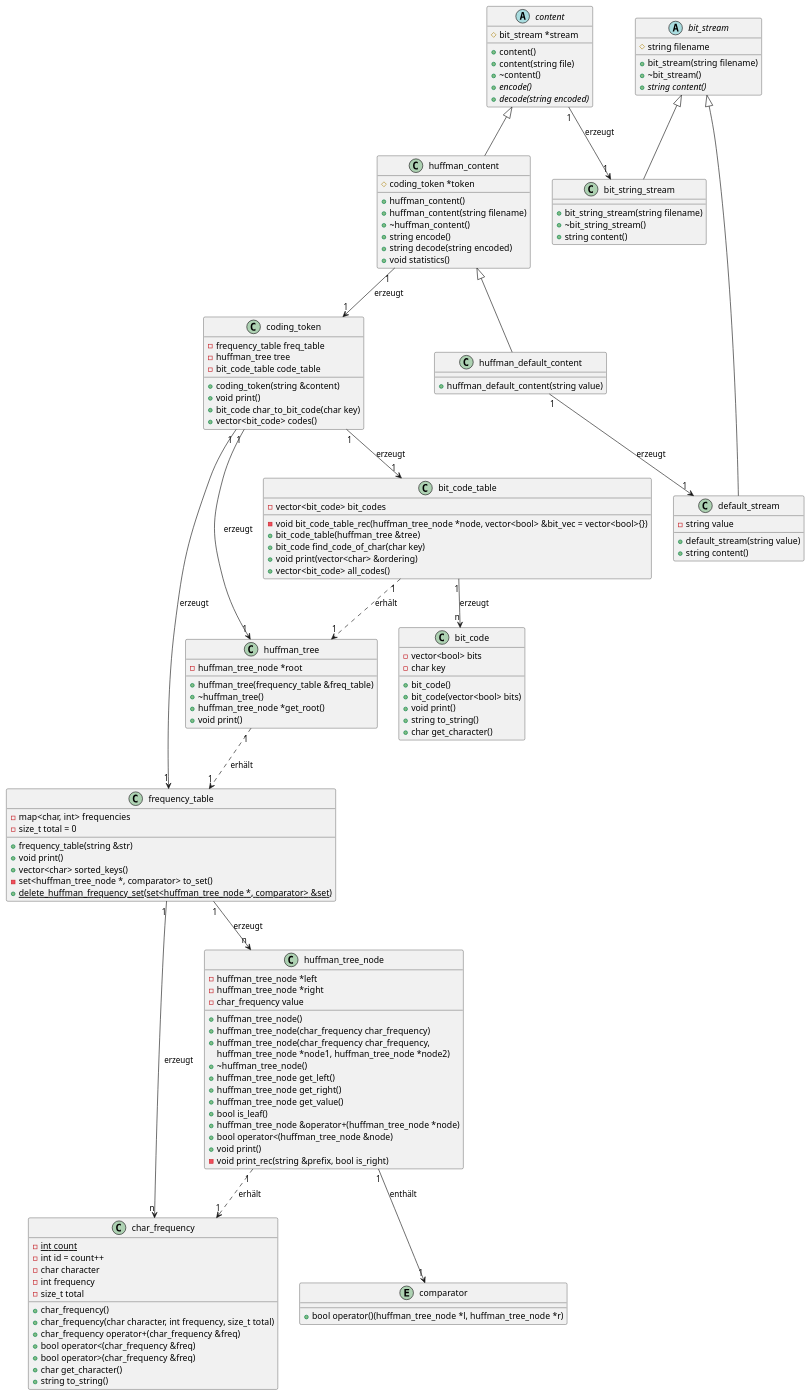
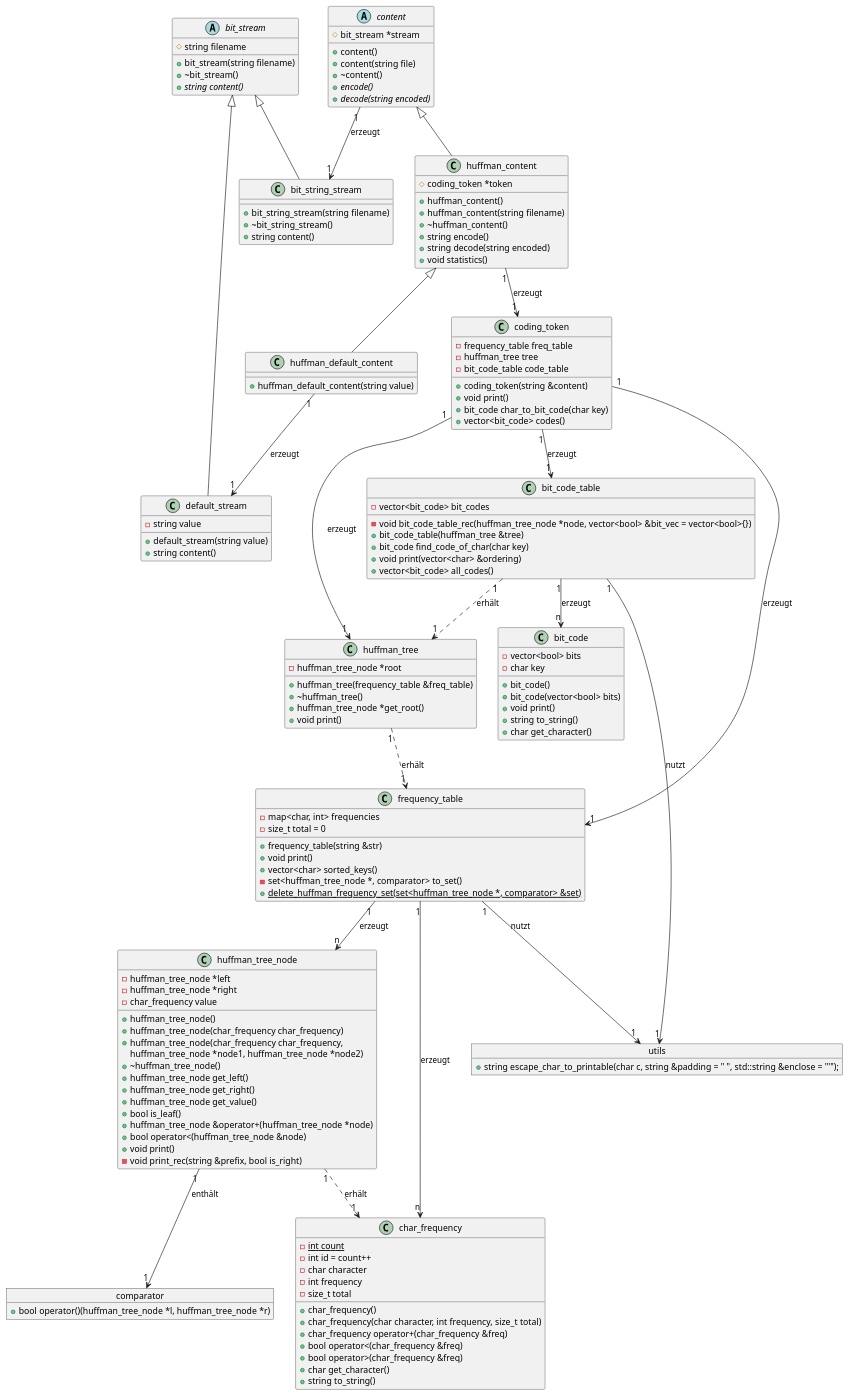
Before and after one commit to flohero/swo-exercise: the first of 4 diagrams in ueb07/doc/doc.adoc, drawn with PlantUML. The commit also changed other lines of this file, not shown here.

```diff
--- a/ueb07/doc/doc.adoc
+++ b/ueb07/doc/doc.adoc
@@ -137,8 +140,12 @@
     - void print_rec(string &prefix, bool is_right)
 }
 
-entity comparator {
+object comparator {
     + bool operator()(huffman_tree_node *l, huffman_tree_node *r)
+}
+
+object utils {
+    + string escape_char_to_printable(char c, string &padding = " ", std::string &enclose = "'");
 }
 
 bit_stream <|-- bit_string_stream
@@ -167,4 +174,7 @@
 huffman_tree_node "1" ..> "1" char_frequency: erhält
 
 huffman_tree_node "1" --> "1" comparator: enthält
+
+frequency_table "1" --> "1" utils: nutzt
+bit_code_table "1" --> "1" utils: nutzt
 ....
```
